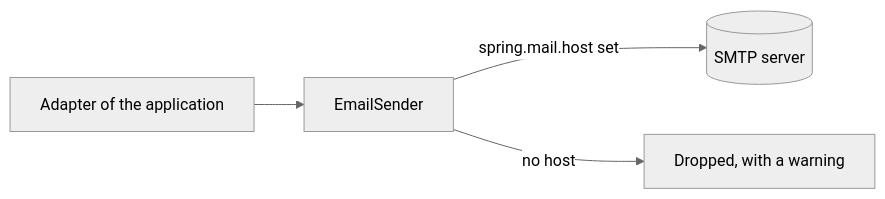
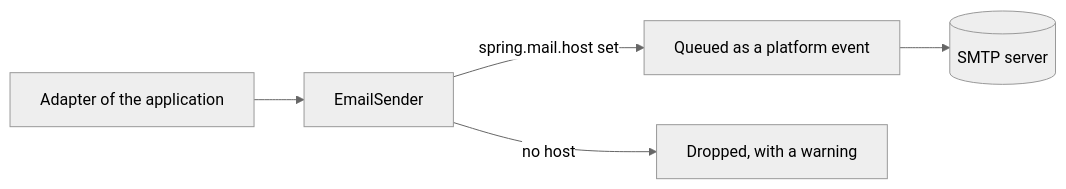
The first of 2 diagrams in tech-starters/backend/mail-starter/README.md (mboisnard/drinkit), drawn with Mermaid (neutral theme) before and after one commit. The commit also changed other lines of this file and 12 other files, not shown here.

First line of the commit message:
[TECH-STARTER] Queue each email and deliver it with the retries of messaging-starter (#555)

````diff
--- a/tech-starters/backend/mail-starter/README.md
+++ b/tech-starters/backend/mail-starter/README.md
@@ -7,6 +7,7 @@
 ```mermaid
 flowchart LR
     Adapter[Adapter of the application] --> EmailSender
-    EmailSender -->|spring.mail.host set| Smtp[(SMTP server)]
+    EmailSender -->|spring.mail.host set| Queue["Queued as a platform event"]
+    Queue --> Smtp[(SMTP server)]
     EmailSender -->|no host| Dropped["Dropped, with a warning"]
 ```
````
